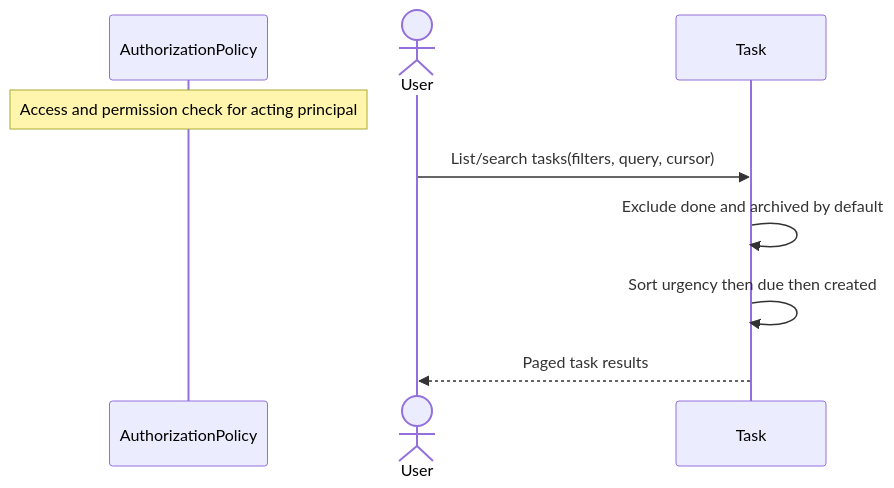
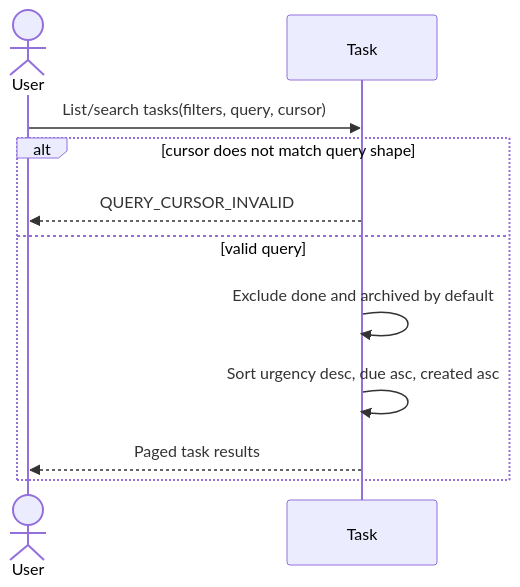
Before and after one commit to ChidiRnweke/margin: the tenth of 15 diagrams in architecture/sequence-diagrams/03-tasks-recurrence.md, drawn with Mermaid. The commit also changed other lines of this file and 12 other files, not shown here.

Commit message:
Enhance sequence diagrams and introduce traceability matrix

````diff
--- a/architecture/sequence-diagrams/03-tasks-recurrence.md
+++ b/architecture/sequence-diagrams/03-tasks-recurrence.md
@@ -164,11 +240,13 @@
 ```mermaid
 sequenceDiagram
-    participant G as AuthorizationPolicy
-    Note over G: Access and permission check for acting principal
     actor U as User
     participant T as Task
     U->>T: List/search tasks(filters, query, cursor)
-    T->>T: Exclude done and archived by default
-    T->>T: Sort urgency then due then created
-    T-->>U: Paged task results
+    alt cursor does not match query shape
+        T-->>U: QUERY_CURSOR_INVALID
+    else valid query
+        T->>T: Exclude done and archived by default
+        T->>T: Sort urgency desc, due asc, created asc
+        T-->>U: Paged task results
+    end
 ```
````
